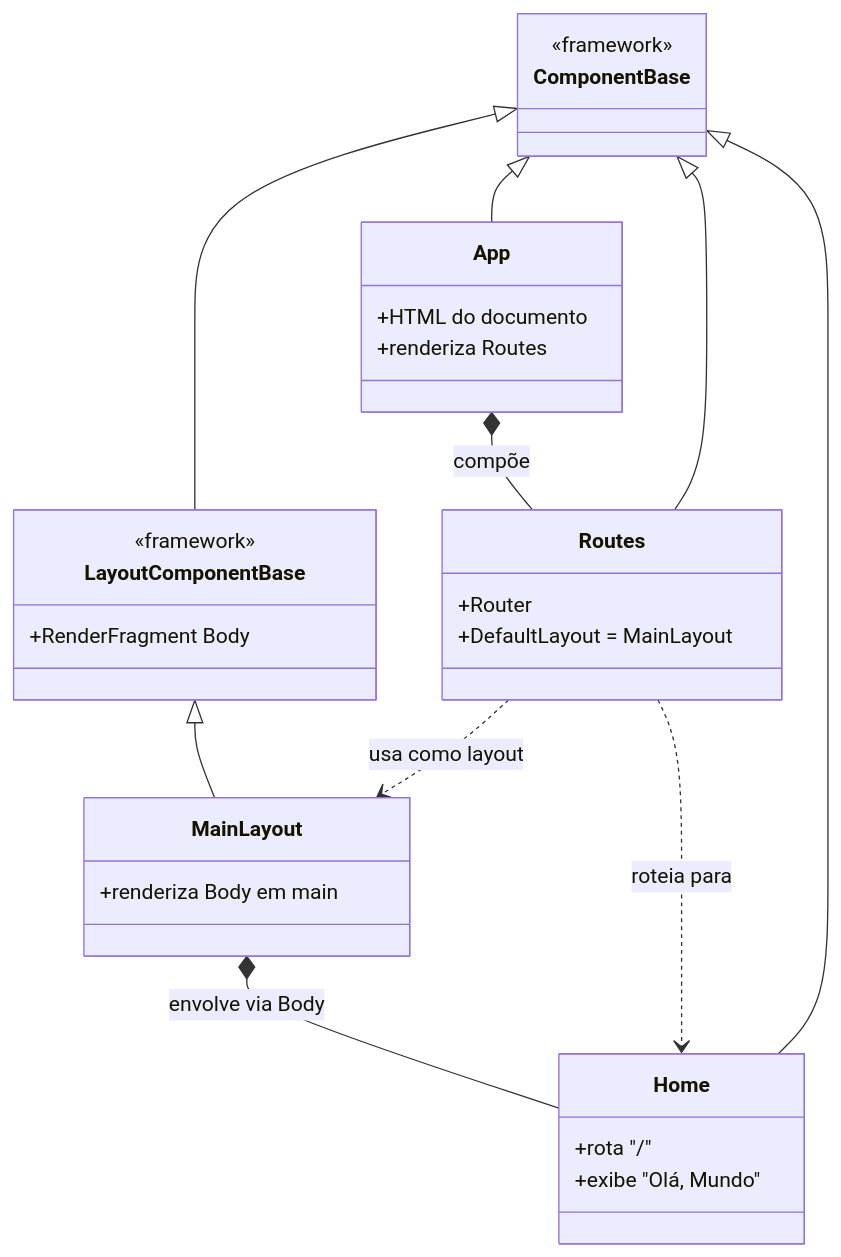
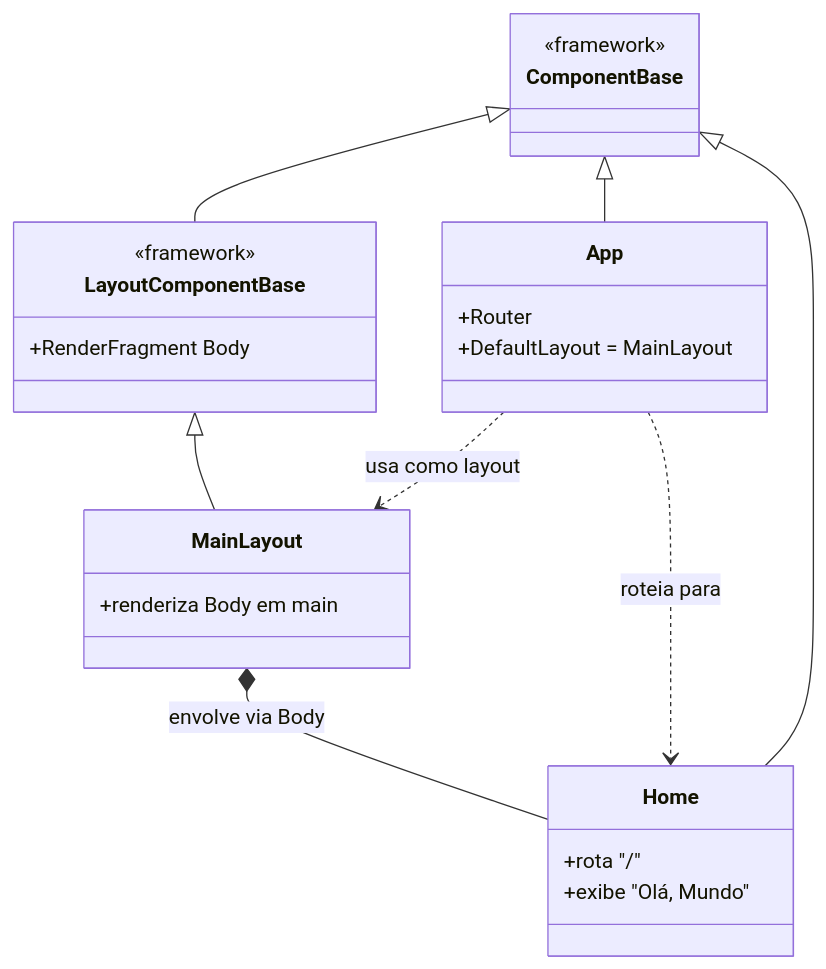
One commit to mfigueireddo/todo-list changed the second of 4 diagrams in docs/DIAGRAMS.md. Above: the diagram before and after it, drawn with Mermaid. The commit also changed other lines of this file and 23 other files, not shown here.

````diff
--- a/docs/DIAGRAMS.md
+++ b/docs/DIAGRAMS.md
@@ -42,36 +55,30 @@
 ```mermaid
 classDiagram
     class ComponentBase {
         <<framework>>
     }
     class LayoutComponentBase {
         <<framework>>
         +RenderFragment Body
     }
     class App {
-        +HTML do documento
-        +renderiza Routes
-    }
-    class Routes {
         +Router
         +DefaultLayout = MainLayout
     }
     class MainLayout {
         +renderiza Body em main
     }
     class Home {
         +rota "/"
         +exibe "Olá, Mundo"
     }
 
     ComponentBase <|-- LayoutComponentBase
     ComponentBase <|-- App
-    ComponentBase <|-- Routes
     ComponentBase <|-- Home
     LayoutComponentBase <|-- MainLayout
 
-    App *-- Routes : compõe
-    Routes ..> MainLayout : usa como layout
-    Routes ..> Home : roteia para
+    App ..> MainLayout : usa como layout
+    App ..> Home : roteia para
     MainLayout *-- Home : envolve via Body
 ```
````
